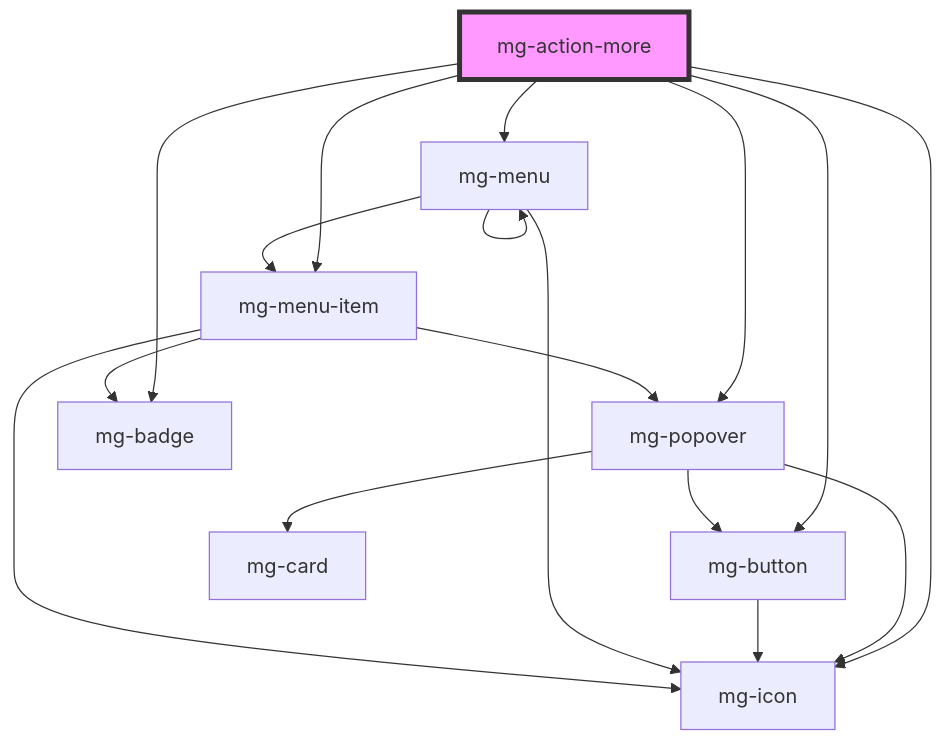
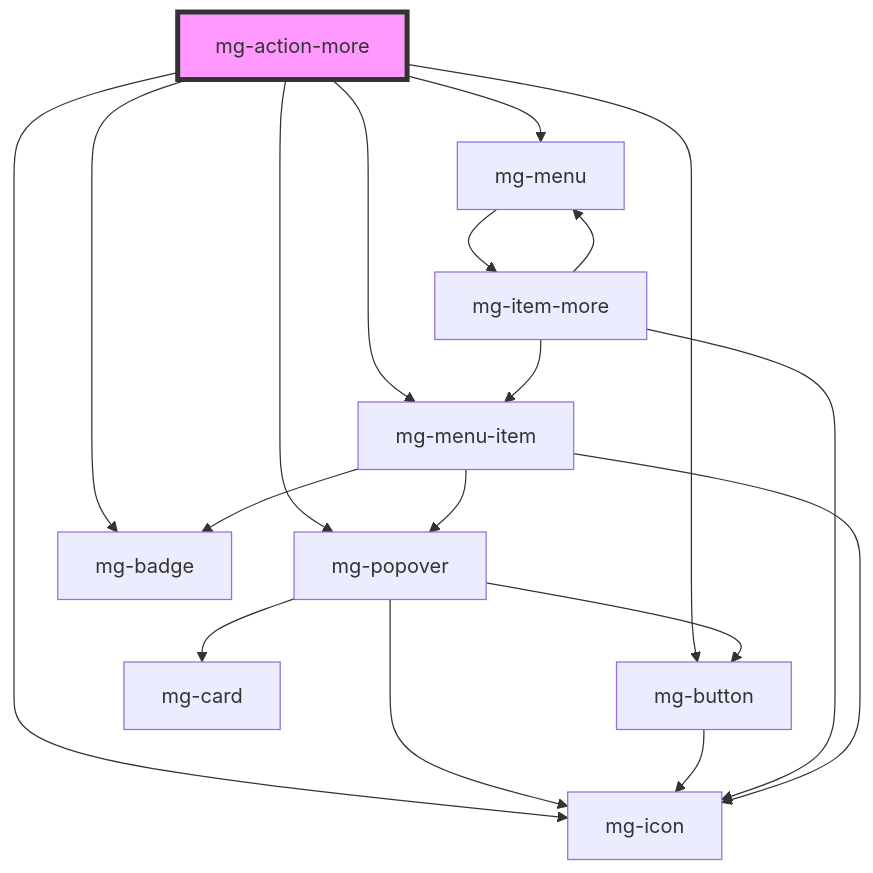
The diagram in src/components/molecules/mg-action-more/readme.md (MGDIS/mg-components), drawn with Mermaid before and after one commit. The commit also changed 32 other files, not shown here.

First line of the commit message:
feat(mgMenuItemMore): use observer to update component on base items updates

````diff
--- a/src/components/molecules/mg-action-more/readme.md
+++ b/src/components/molecules/mg-action-more/readme.md
@@ -73,20 +73,21 @@
 ```mermaid
 graph TD;
   mg-action-more --> mg-icon
   mg-action-more --> mg-popover
   mg-action-more --> mg-button
   mg-action-more --> mg-menu
   mg-action-more --> mg-menu-item
   mg-action-more --> mg-badge
   mg-popover --> mg-card
   mg-popover --> mg-button
   mg-popover --> mg-icon
   mg-button --> mg-icon
-  mg-menu --> mg-menu-item
-  mg-menu --> mg-icon
-  mg-menu --> mg-menu
+  mg-menu --> mg-item-more
+  mg-item-more --> mg-menu-item
+  mg-item-more --> mg-icon
+  mg-item-more --> mg-menu
   mg-menu-item --> mg-badge
   mg-menu-item --> mg-icon
   mg-menu-item --> mg-popover
   style mg-action-more fill:#f9f,stroke:#333,stroke-width:4px
 ```
````
